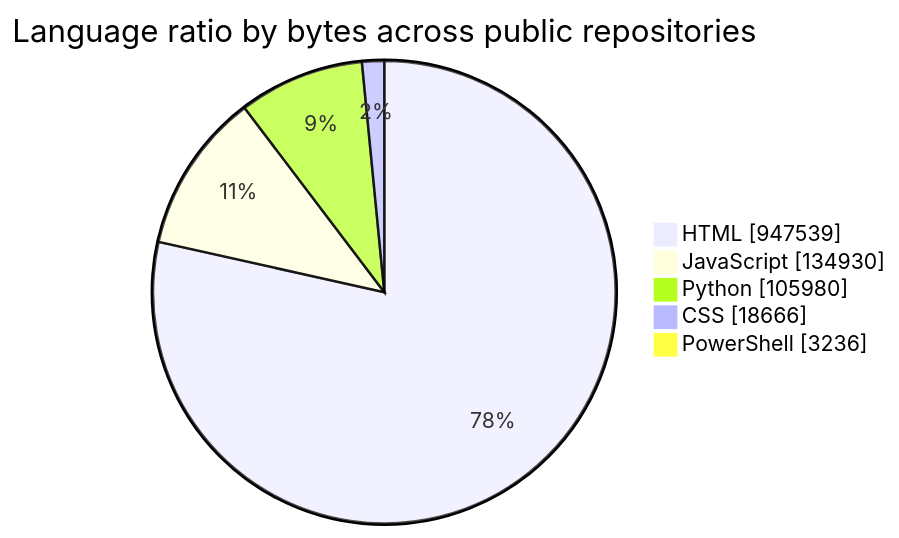
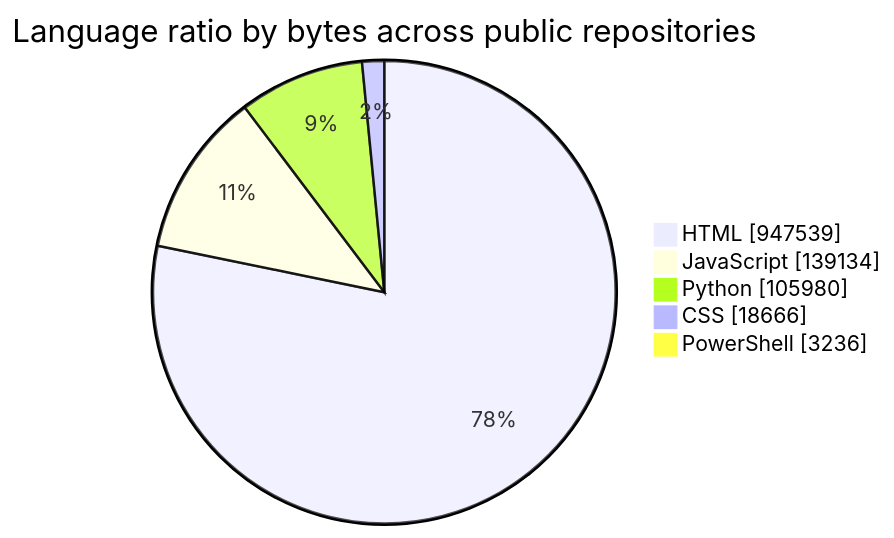
Before and after one commit to tchinso/tchinso: the diagram in README.md, drawn with Mermaid. The commit also changed other lines of this file, not shown here.

````diff
--- a/README.md
+++ b/README.md
@@ -34,9 +34,9 @@
 ```mermaid
 pie showData
     title Language ratio by bytes across public repositories
     "HTML" : 947539
-    "JavaScript" : 134930
+    "JavaScript" : 139134
     "Python" : 105980
     "CSS" : 18666
     "PowerShell" : 3236
 ```
````
